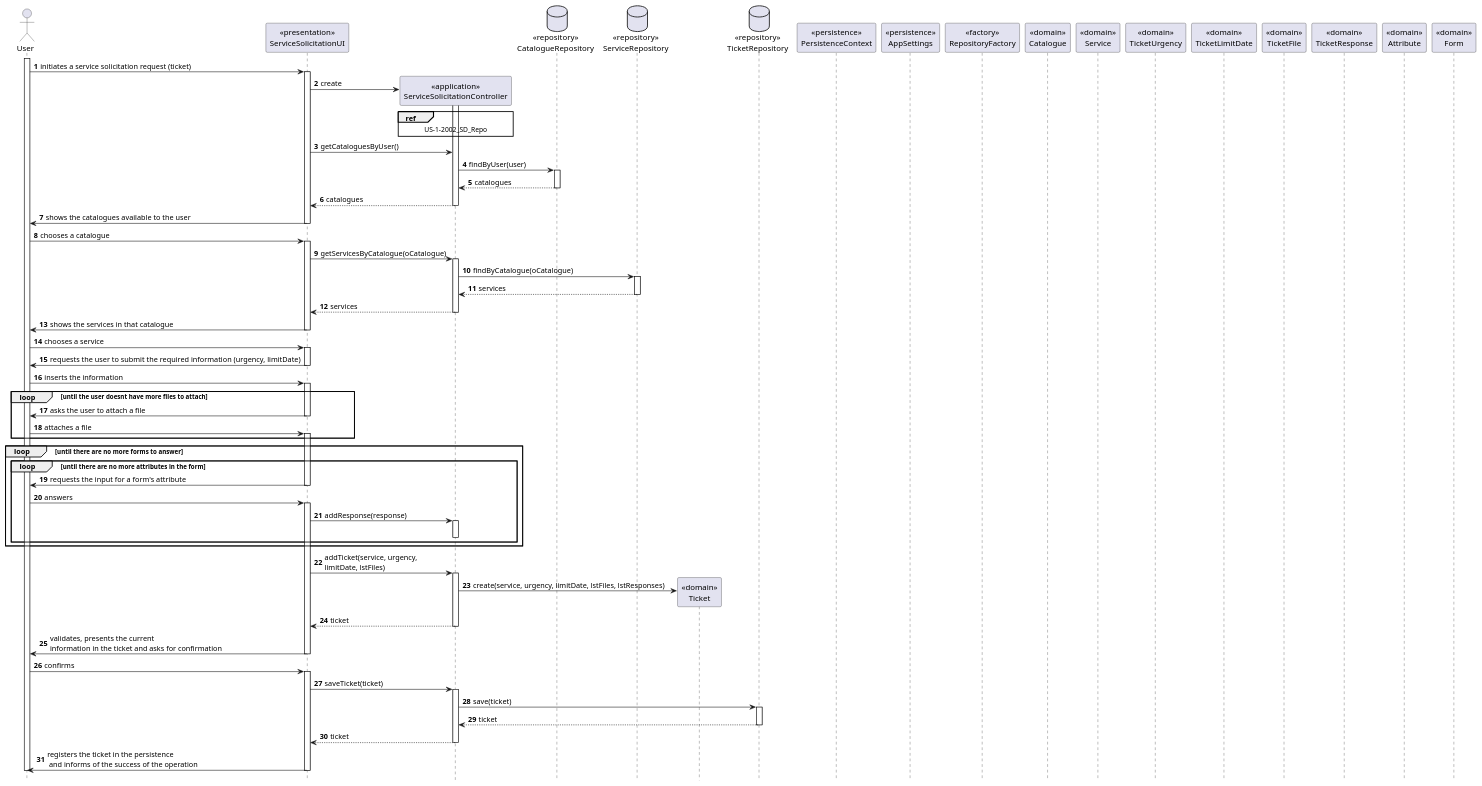
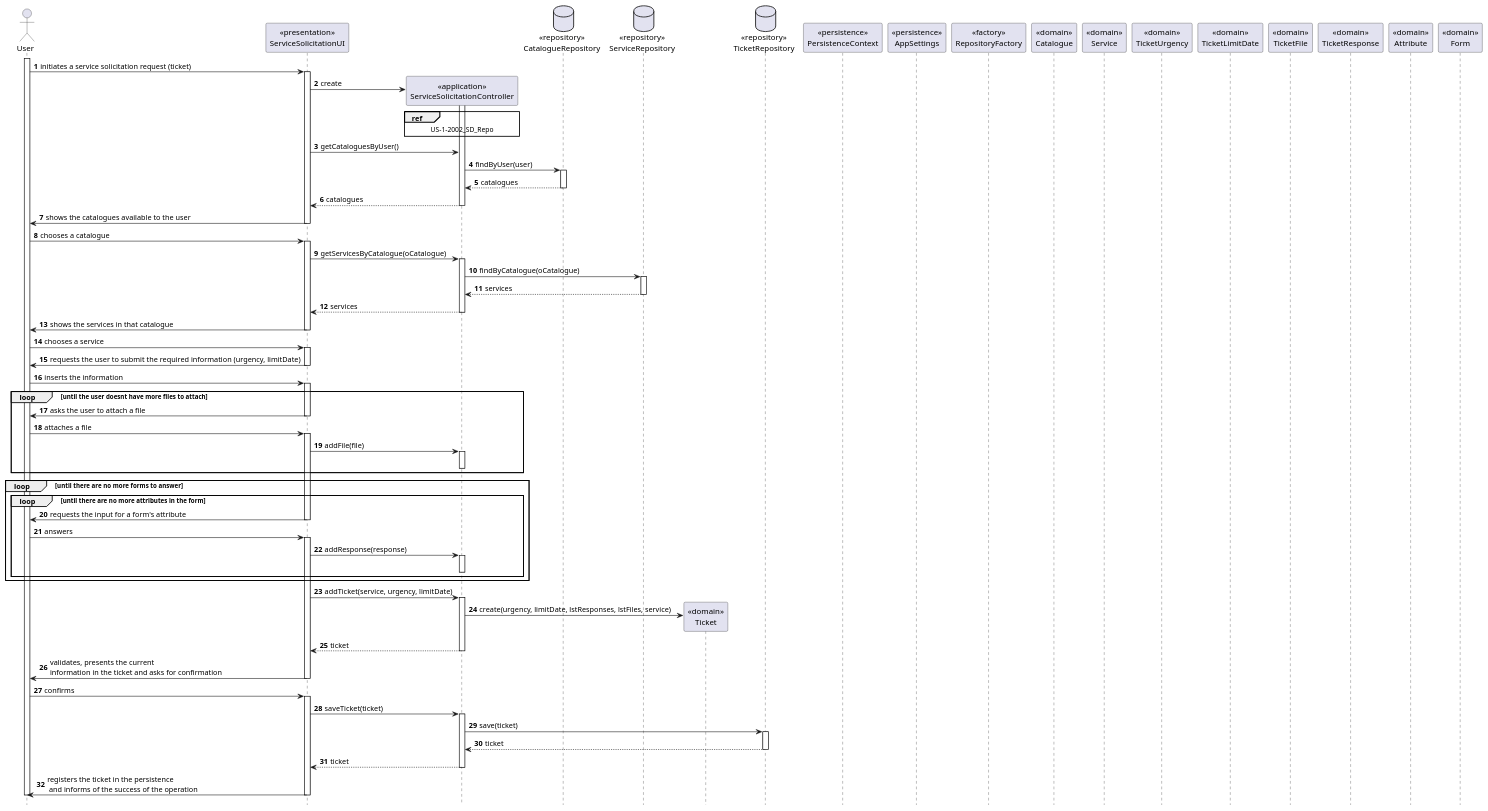
The diagram in doc/engenharia/SprintC/1190967/US-2-3002_ServiceSolicitation/US-2-3002_SD.puml (tiagoavcosta25/LAPR4), drawn with PlantUML before and after one commit. The commit also changed 1 other file, not shown here.

```diff
--- a/doc/engenharia/SprintC/1190967/US-2-3002_ServiceSolicitation/US-2-3002_SD.puml
+++ b/doc/engenharia/SprintC/1190967/US-2-3002_ServiceSolicitation/US-2-3002_SD.puml
@@ -1,127 +1,131 @@
 @startuml
 autonumber
 hide footbox
 
 actor "User" as US
 
 participant "<<presentation>>\nServiceSolicitationUI" as UI
 participant "<<application>>\nServiceSolicitationController" as CTRL
 database "<<repository>>\nCatalogueRepository" as CR
 database "<<repository>>\nServiceRepository" as SR
 participant "<<domain>>\nTicket" as T
 database "<<repository>>\nTicketRepository" as TR
 participant "<<persistence>>\nPersistenceContext" as PC
 participant "<<persistence>>\nAppSettings" as AS
 participant "<<factory>>\nRepositoryFactory" as RF
 participant "<<domain>>\nCatalogue" as C
 participant "<<domain>>\nService" as S
 participant "<<domain>>\nTicketUrgency" as TU
 participant "<<domain>>\nTicketLimitDate" as TD
 participant "<<domain>>\nTicketFile" as TF
 participant "<<domain>>\nTicketResponse" as TRS
 participant "<<domain>>\nAttribute" as A
 participant "<<domain>>\nForm" as F
 
 activate US
 
 US -> UI : initiates a service solicitation request (ticket)
 activate UI
 
 UI -> CTRL** : create
 activate CTRL
 
 ref over CTRL
   US-1-2002_SD_Repo
 end ref
 
 UI -> CTRL : getCataloguesByUser()
 
 CTRL -> CR : findByUser(user)
 activate CR
 CR --> CTRL : catalogues
 deactivate CR
 
 CTRL --> UI : catalogues
 deactivate CTRL
 
 UI -> US : shows the catalogues available to the user
 deactivate UI
 
 US -> UI : chooses a catalogue
 activate UI
 
 UI -> CTRL : getServicesByCatalogue(oCatalogue)
 activate CTRL
 
 CTRL -> SR : findByCatalogue(oCatalogue)
 activate SR
 SR --> CTRL : services
 deactivate SR
 
 CTRL --> UI : services
 deactivate CTRL
 
 UI -> US : shows the services in that catalogue
 deactivate UI
 
 US -> UI : chooses a service
 activate UI
 
 UI -> US : requests the user to submit the required information (urgency, limitDate)
 deactivate UI
 
 US -> UI : inserts the information
 activate UI
 
 loop until the user doesnt have more files to attach
 UI -> US : asks the user to attach a file
 deactivate UI
 
 US -> UI : attaches a file
 activate UI
+
+UI -> CTRL : addFile(file)
+activate CTRL
+deactivate CTRL
 end
 
 loop until there are no more forms to answer
 loop until there are no more attributes in the form
 UI -> US : requests the input for a form's attribute
 deactivate UI
 
 US -> UI : answers
 activate UI
 
 UI -> CTRL : addResponse(response)
 activate CTRL
 deactivate CTRL
 end
 end
 
-UI -> CTRL : addTicket(service, urgency, \nlimitDate, lstFiles)
+UI -> CTRL : addTicket(service, urgency, limitDate)
 activate CTRL
 
-CTRL -> T** : create(service, urgency, limitDate, lstFiles, lstResponses)
+CTRL -> T** : create(urgency, limitDate, lstResponses, lstFiles, service)
 
 CTRL --> UI : ticket
 deactivate CTRL
 
 UI -> US : validates, presents the current \ninformation in the ticket and asks for confirmation
 deactivate UI
 
 US -> UI : confirms
 activate UI
 
 UI -> CTRL : saveTicket(ticket)
 activate CTRL
 
 CTRL -> TR : save(ticket)
 activate TR
 TR --> CTRL : ticket
 deactivate TR
 
 CTRL --> UI : ticket
 deactivate CTRL
 
 UI -> US : registers the ticket in the persistence\n and informs of the success of the operation
 deactivate UI
 deactivate US
 
 @enduml
```
